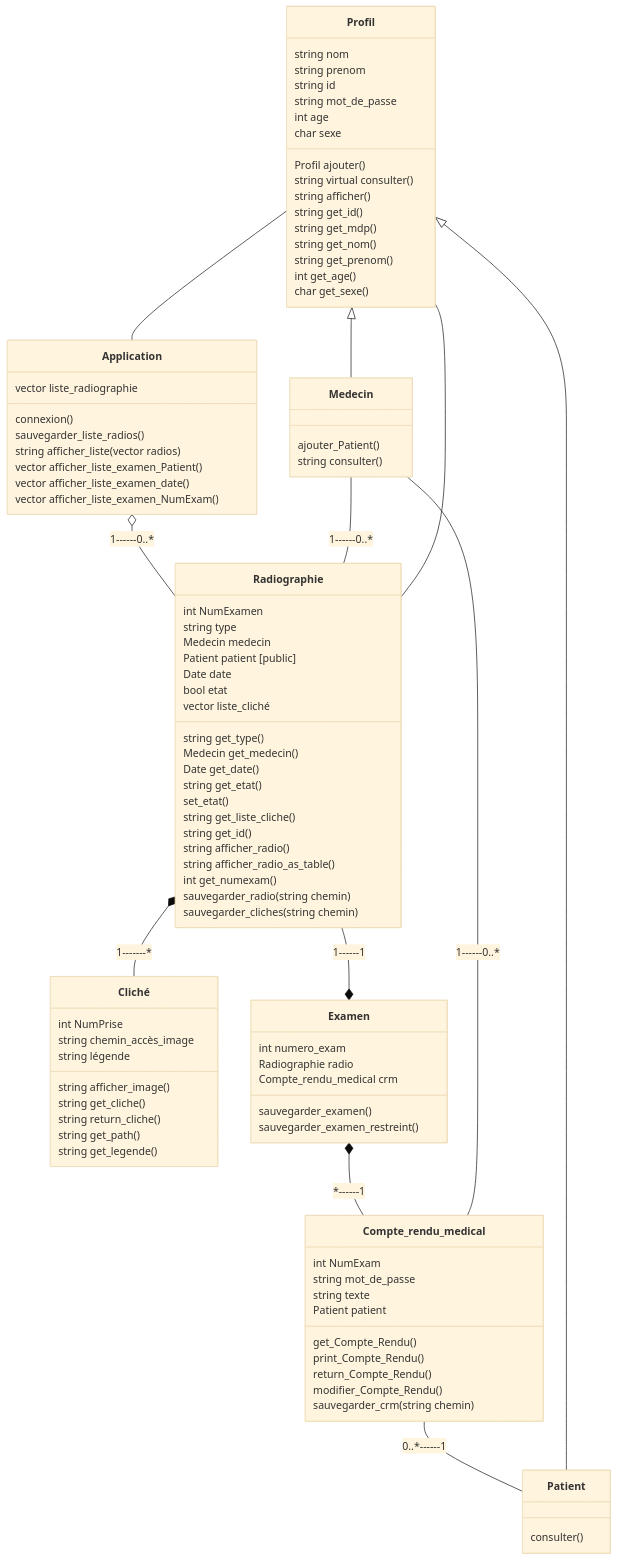
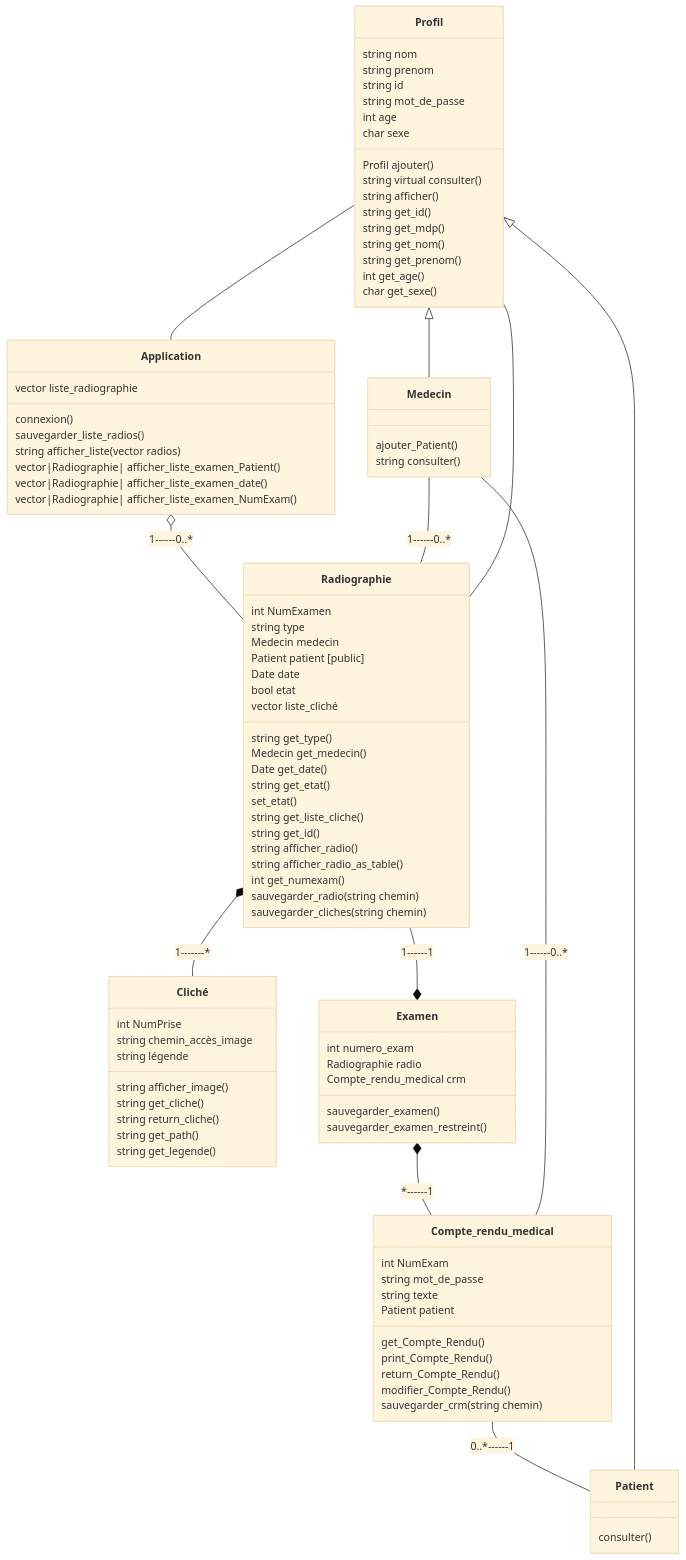
Before and after one commit to Annewynn/POO_project: the diagram in README.md, drawn with Mermaid (base theme). The commit also changed other lines of this file, not shown here.

Commit message:
Petites corrections sur Readme.md

```diff
--- a/README.md
+++ b/README.md
@@ -99,9 +99,9 @@
 Application: connexion()
 Application: sauvegarder_liste_radios()
 Application: string afficher_liste(vector<Radiographie> radios)
-Application: vector<Radiographie> afficher_liste_examen_Patient()
-Application: vector<Radiographie> afficher_liste_examen_date()
-Application: vector<Radiographie> afficher_liste_examen_NumExam()
+Application: vector|Radiographie| afficher_liste_examen_Patient()
+Application: vector|Radiographie| afficher_liste_examen_date()
+Application: vector|Radiographie| afficher_liste_examen_NumExam()
 
 Examen: int numero_exam
 Examen: Radiographie radio
```
